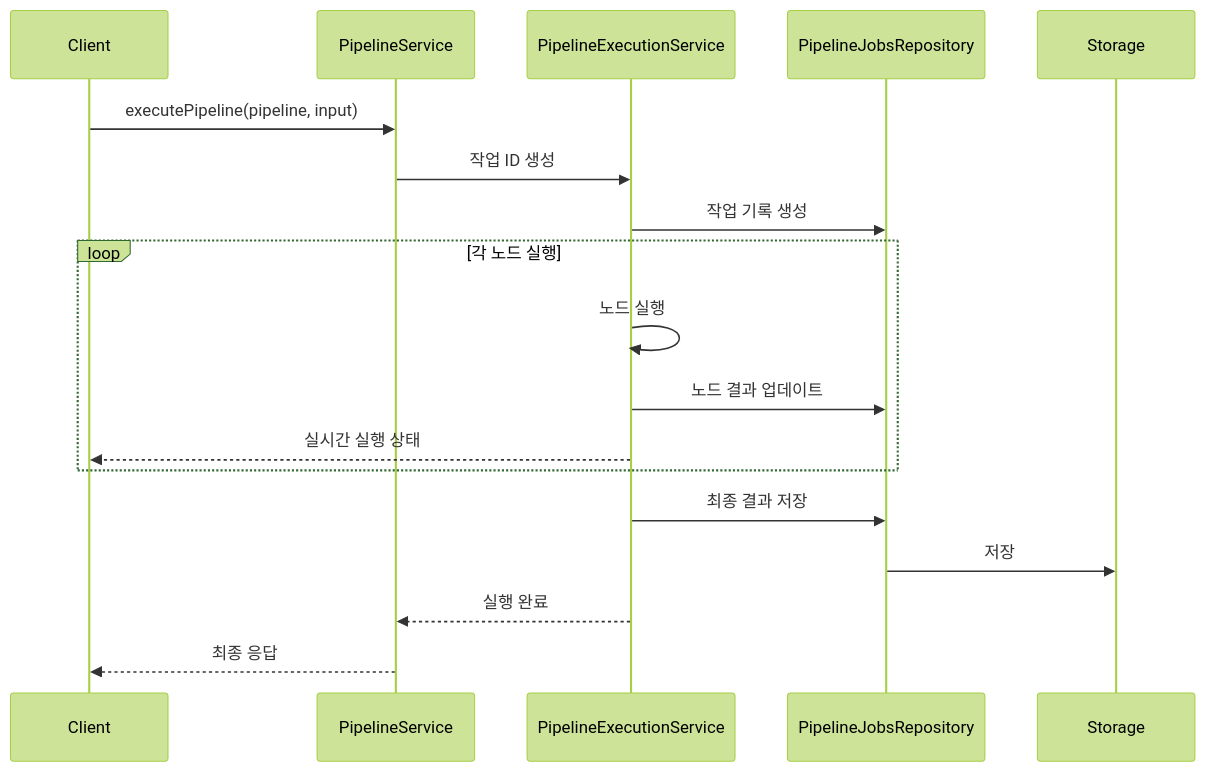
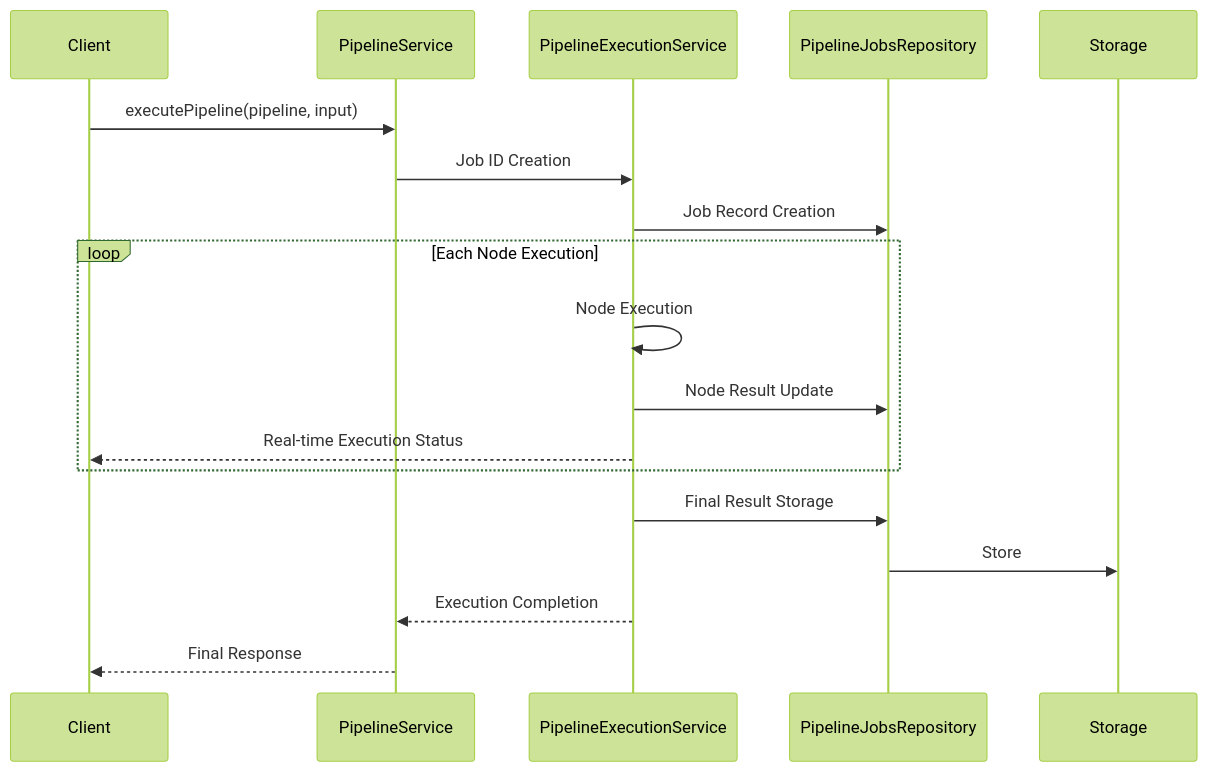
One commit to Ashon/agent-fleet changed the fourth of 5 diagrams in architecture.md. Above: the diagram before and after it, drawn with Mermaid (forest theme). The commit also changed other lines of this file, not shown here.

Commit message:
Translate architecture to english

````diff
--- a/architecture.md
+++ b/architecture.md
@@ -427,23 +424,23 @@
 ```mermaid
 sequenceDiagram
   participant C as Client
   participant PS as PipelineService
   participant PES as PipelineExecutionService
   participant PJR as PipelineJobsRepository
   participant S as Storage
 
   C->>PS: executePipeline(pipeline, input)
-  PS->>PES: 작업 ID 생성
-  PES->>PJR: 작업 기록 생성
+  PS->>PES: Job ID Creation
+  PES->>PJR: Job Record Creation
 
-  loop 각 노드 실행
-    PES->>PES: 노드 실행
-    PES->>PJR: 노드 결과 업데이트
-    PES-->>C: 실시간 실행 상태
+  loop Each Node Execution
+    PES->>PES: Node Execution
+    PES->>PJR: Node Result Update
+    PES-->>C: Real-time Execution Status
   end
 
-  PES->>PJR: 최종 결과 저장
-  PJR->>S: 저장
-  PES-->>PS: 실행 완료
-  PS-->>C: 최종 응답
+  PES->>PJR: Final Result Storage
+  PJR->>S: Store
+  PES-->>PS: Execution Completion
+  PS-->>C: Final Response
 ```
````
